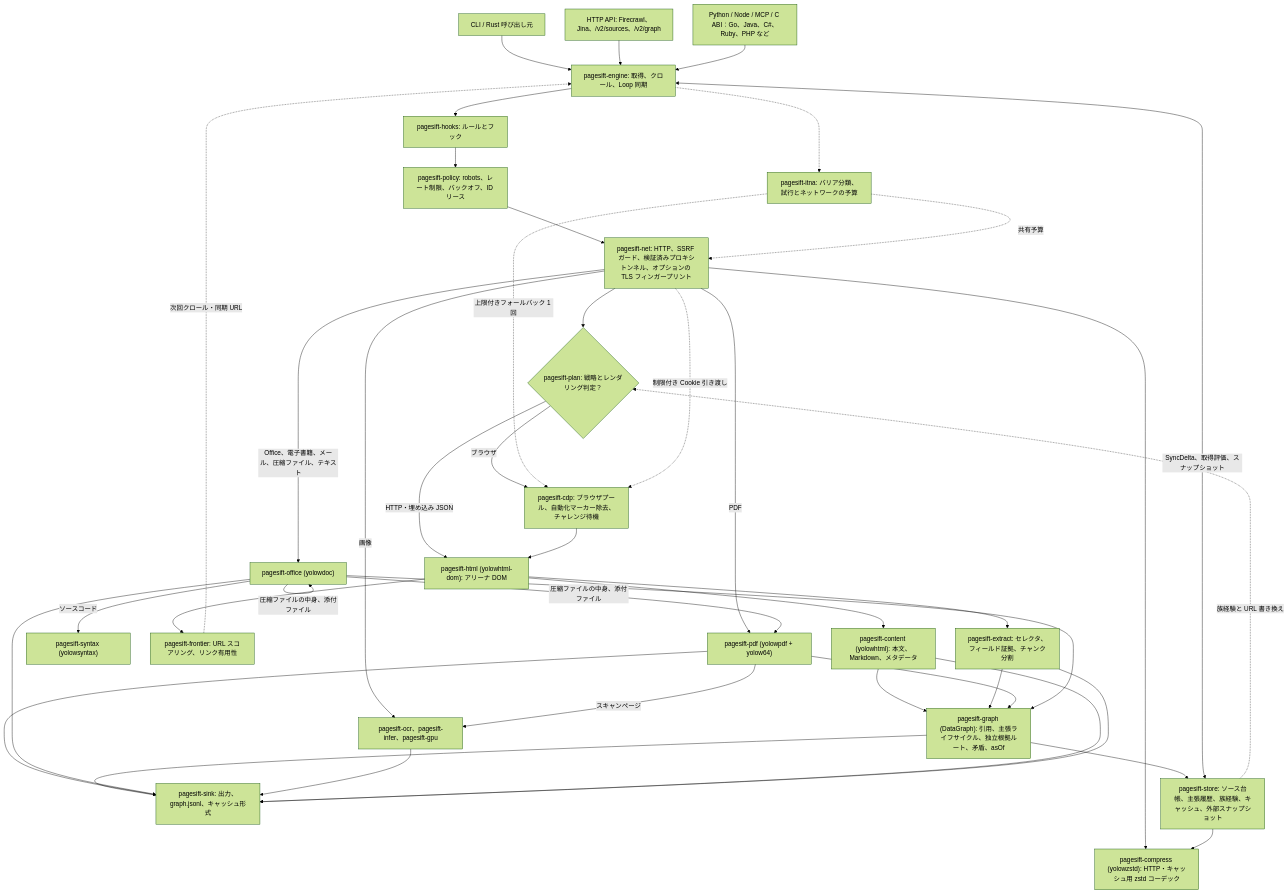
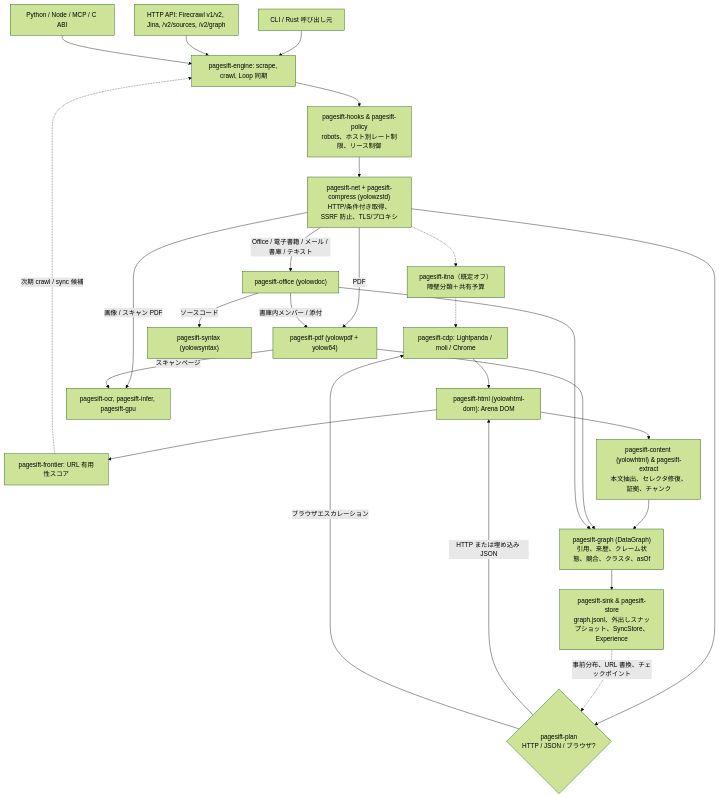
One commit to YOLOW92/pagesift changed the first of 4 diagrams in docs/README.ja.md. Above: the diagram before and after it, drawn with Mermaid (forest theme). The commit also changed other lines of this file and 77 other files, not shown here.

````diff
--- a/docs/README.ja.md
+++ b/docs/README.ja.md
@@ -236,43 +137,34 @@
 ```mermaid
 flowchart TD
-    CLI["CLI / Rust 呼び出し元"] --> Engine["pagesift-engine: 取得、クロール、Loop 同期"]
-    HTTP["HTTP API: Firecrawl、Jina、/v2/sources、/v2/graph"] --> Engine
-    Bindings["Python / Node / MCP / C ABI：Go、Java、C#、Ruby、PHP など"] --> Engine
-    Engine --> Hooks["pagesift-hooks: ルールとフック"]
-    Hooks --> Policy["pagesift-policy: robots、レート制限、バックオフ、ID リース"]
-    Policy --> Net["pagesift-net: HTTP、SSRF ガード、検証済みプロキシトンネル、オプションの TLS フィンガープリント"]
-    Net --> Plan{"pagesift-plan: 戦略とレンダリング判定？"}
-    Plan -->|HTTP・埋め込み JSON| DOM["pagesift-html (yolowhtml-dom): アリーナ DOM"]
-    Plan -->|ブラウザ| CDP["pagesift-cdp: ブラウザプール、自動化マーカー除去、チャレンジ待機"]
+    CLI["CLI / Rust 呼び出し元"] --> Engine["pagesift-engine: scrape, crawl, Loop 同期"]
+    HTTP["HTTP API: Firecrawl v1/v2, Jina, /v2/sources, /v2/graph"] --> Engine
+    Bind["Python / Node / MCP / C ABI"] --> Engine
+
+    Engine --> Policy["pagesift-hooks & pagesift-policy<br/>robots、ホスト別レート制限、リース制御"]
+    Policy --> Net["pagesift-net + pagesift-compress (yolowzstd)<br/>HTTP/条件付き取得、SSRF 防止、TLS/プロキシ"]
+    Net -.-> ITNA["pagesift-itna（既定オフ）<br/>障壁分類＋共有予算"]
+    ITNA -.-> CDP
+
+    Net --> Plan{"pagesift-plan<br/>HTTP / JSON / ブラウザ?"}
+    Plan -->|HTTP または埋め込み JSON| DOM["pagesift-html (yolowhtml-dom): Arena DOM"]
+    Plan -->|ブラウザエスカレーション| CDP["pagesift-cdp: Lightpanda / moli / Chrome"]
     CDP --> DOM
+
     Net -->|PDF| PDF["pagesift-pdf (yolowpdf + yolow64)"]
-    Net -->|Office、電子書籍、メール、圧縮ファイル、テキスト| Office["pagesift-office (yolowdoc)"]
-    Net -->|画像| OCR["pagesift-ocr、pagesift-infer、pagesift-gpu"]
-    Office -->|圧縮ファイルの中身、添付ファイル| Office
-    Office -->|圧縮ファイルの中身、添付ファイル| PDF
+    Net -->|Office / 電子書籍 / メール / 書庫 / テキスト| Office["pagesift-office (yolowdoc)"]
+    Net -->|画像 / スキャン PDF| OCR["pagesift-ocr, pagesift-infer, pagesift-gpu"]
+    Office -->|書庫内メンバー / 添付| PDF
     Office -->|ソースコード| Syntax["pagesift-syntax (yolowsyntax)"]
     PDF -->|スキャンページ| OCR
-    DOM --> Frontier["pagesift-frontier: URL スコアリング、リンク有用性"]
-    Frontier -.->|次回クロール・同期 URL| Engine
-    DOM --> Content["pagesift-content (yolowhtml): 本文、Markdown、メタデータ"]
-    DOM --> Extract["pagesift-extract: セレクタ、フィールド証拠、チャンク分割"]
-    Content --> Graph["pagesift-graph (DataGraph): 引用、主張ライフサイクル、独立根拠ルート、矛盾、asOf"]
-    Extract --> Graph
+
+    DOM --> Frontier["pagesift-frontier: URL 有用性スコア"]
+    Frontier -.->|次期 crawl / sync 候補| Engine
+    DOM --> Content["pagesift-content (yolowhtml) & pagesift-extract<br/>本文抽出、セレクタ修復、証拠、チャンク"]
+
+    Content --> Graph["pagesift-graph (DataGraph)<br/>引用、来歴、クレーム状態、競合、クラスタ、asOf"]
     PDF --> Graph
     Office --> Graph
-    Graph --> Sink["pagesift-sink: 出力、graph.jsonl、キャッシュ形式"]
-    PDF --> Sink
-    Office --> Sink
-    OCR --> Sink
-    Content --> Sink
-    Extract --> Sink
-    Graph --> Store["pagesift-store: ソース台帳、主張履歴、族経験、キャッシュ、外部スナップショット"]
-    Engine <-->|SyncDelta、取得評価、スナップショット| Store
-    Store -.->|族経験と URL 書き換え| Plan
-    Net --> Compress["pagesift-compress (yolowzstd): HTTP・キャッシュ用 zstd コーデック"]
-    Store --> Compress
-    Engine -.-> ITNA["pagesift-itna: バリア分類、試行とネットワークの予算"]
-    ITNA -.->|共有予算| Net
-    ITNA -.->|上限付きフォールバック 1 回| CDP
-    Net -.->|制限付き Cookie 引き渡し| CDP
+
+    Graph --> Out["pagesift-sink & pagesift-store<br/>graph.jsonl、外出しスナップショット、SyncStore、Experience"]
+    Out -.->|事前分布、URL 書換、チェックポイント| Plan
 ```
````
